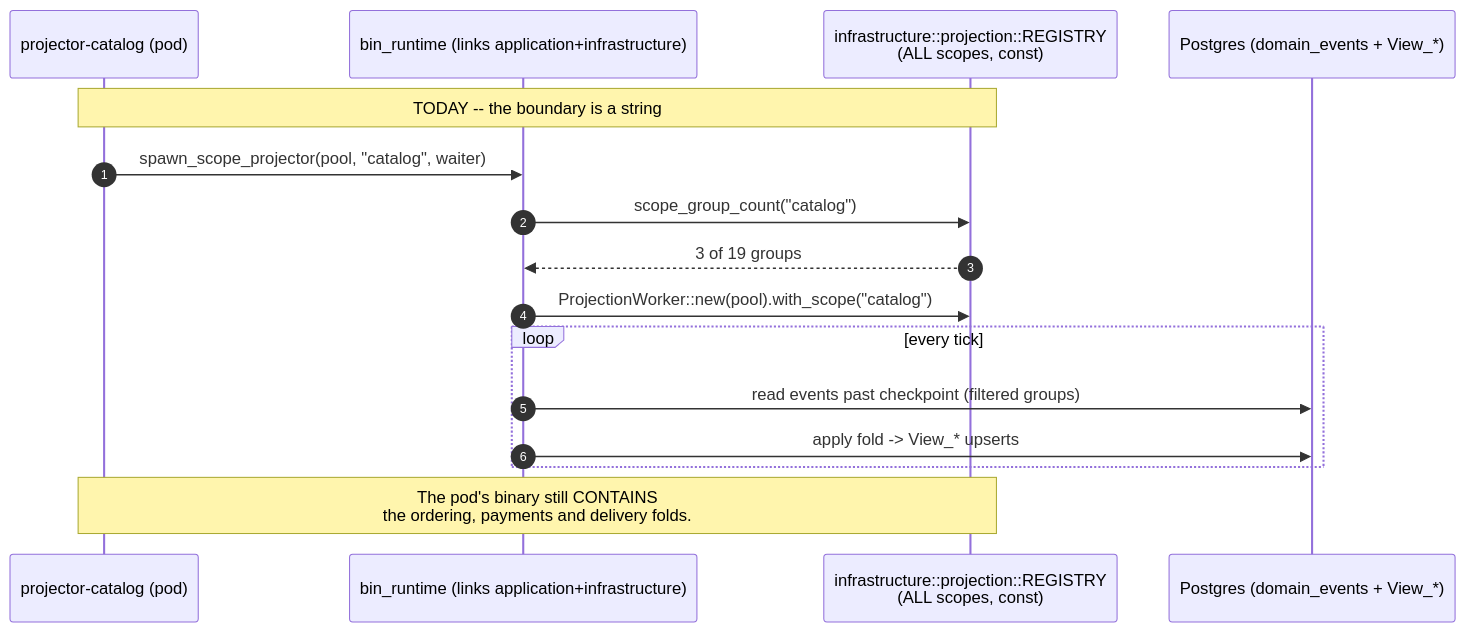
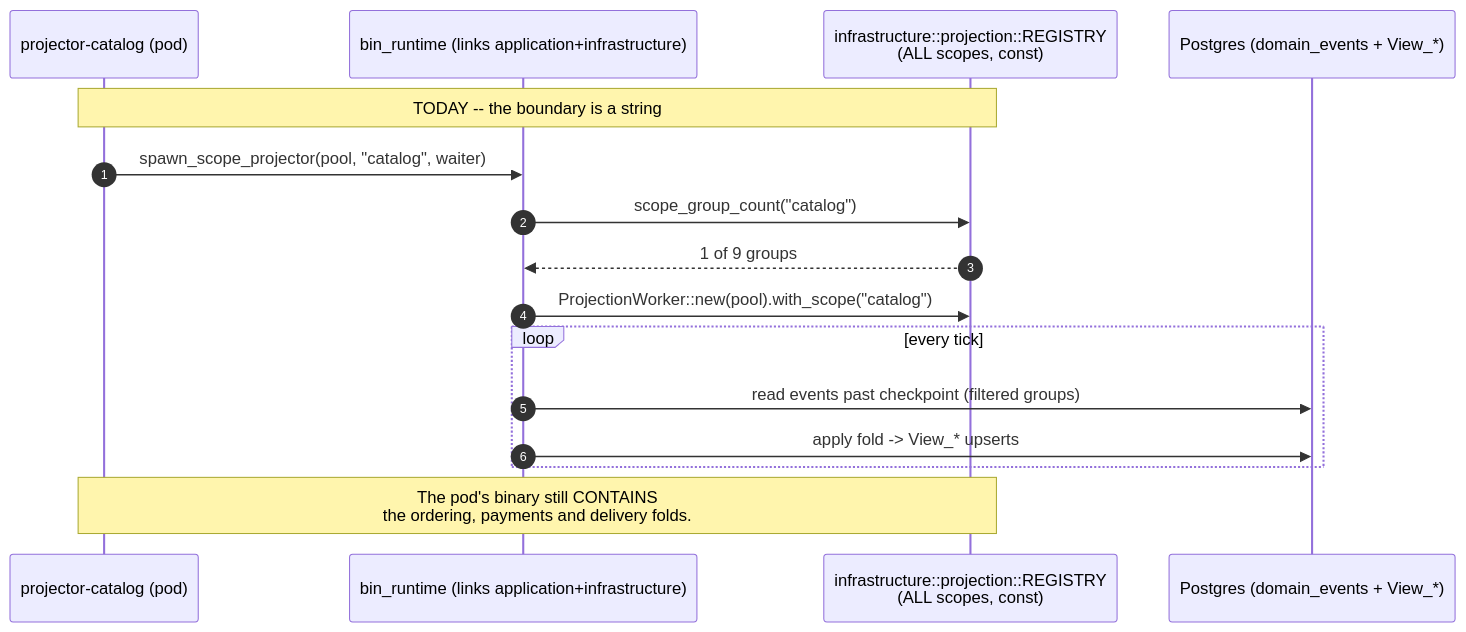
Before and after one commit to TheCaptainCompany/captain-food: the first of 2 diagrams in docs/proposals/PROP-20260811-090000-scope-isolation-runtime-decomposition.md, drawn with Mermaid. The commit also changed other lines of this file and 3 other files, not shown here.

````diff
--- a/docs/proposals/PROP-20260811-090000-scope-isolation-runtime-decomposition.md
+++ b/docs/proposals/PROP-20260811-090000-scope-isolation-runtime-decomposition.md
@@ -117,19 +124,19 @@
 ```mermaid
 sequenceDiagram
     autonumber
     participant Pod as projector-catalog (pod)
     participant BR as bin_runtime (links application+infrastructure)
     participant REG as infrastructure::projection::REGISTRY<br/>(ALL scopes, const)
     participant PG as Postgres (domain_events + View_*)
 
     Note over Pod,REG: TODAY -- the boundary is a string
     Pod->>BR: spawn_scope_projector(pool, "catalog", waiter)
     BR->>REG: scope_group_count("catalog")
-    REG-->>BR: 3 of 19 groups
+    REG-->>BR: 1 of 9 groups
     BR->>REG: ProjectionWorker::new(pool).with_scope("catalog")
     loop every tick
         BR->>PG: read events past checkpoint (filtered groups)
         BR->>PG: apply fold -> View_* upserts
     end
     Note over Pod,REG: The pod's binary still CONTAINS<br/>the ordering, payments and delivery folds.
 ```
````
